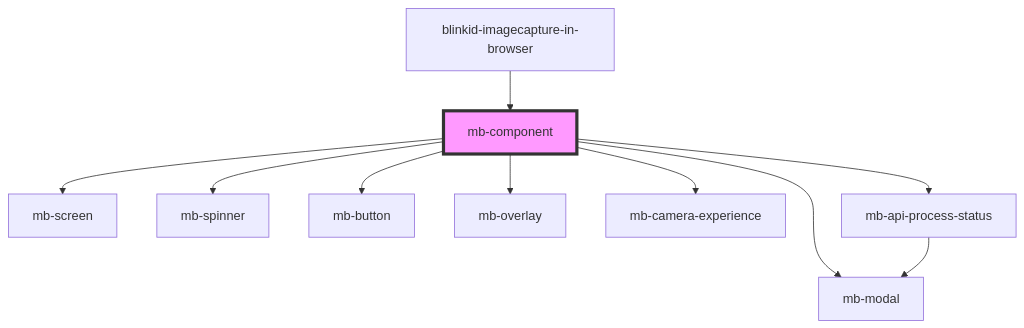
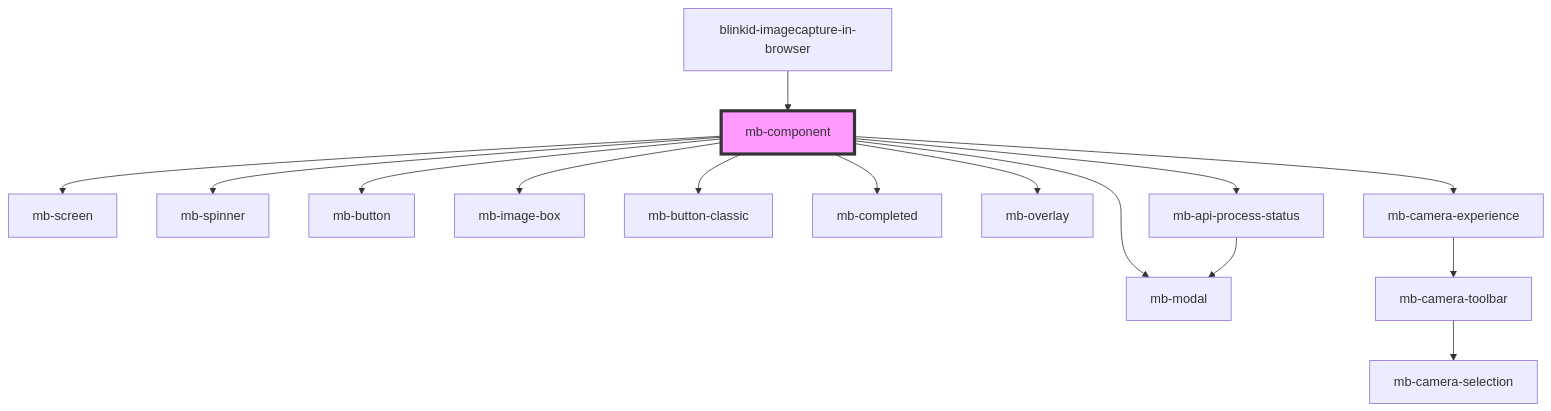
Before and after one commit to BlinkID/blinkid-imagecapture-in-browser: the diagram in ui/docs/components/shared/mb-component/readme.md, drawn with Mermaid. The commit also changed other lines of this file and 100 other files, not shown here.

````diff
--- a/ui/docs/components/shared/mb-component/readme.md
+++ b/ui/docs/components/shared/mb-component/readme.md
@@ -87,13 +94,18 @@
 ```mermaid
 graph TD;
   mb-component --> mb-screen
   mb-component --> mb-spinner
   mb-component --> mb-button
+  mb-component --> mb-image-box
+  mb-component --> mb-button-classic
+  mb-component --> mb-completed
   mb-component --> mb-overlay
   mb-component --> mb-modal
   mb-component --> mb-camera-experience
   mb-component --> mb-api-process-status
+  mb-camera-experience --> mb-camera-toolbar
+  mb-camera-toolbar --> mb-camera-selection
   mb-api-process-status --> mb-modal
   blinkid-imagecapture-in-browser --> mb-component
   style mb-component fill:#f9f,stroke:#333,stroke-width:4px
 ```
````
